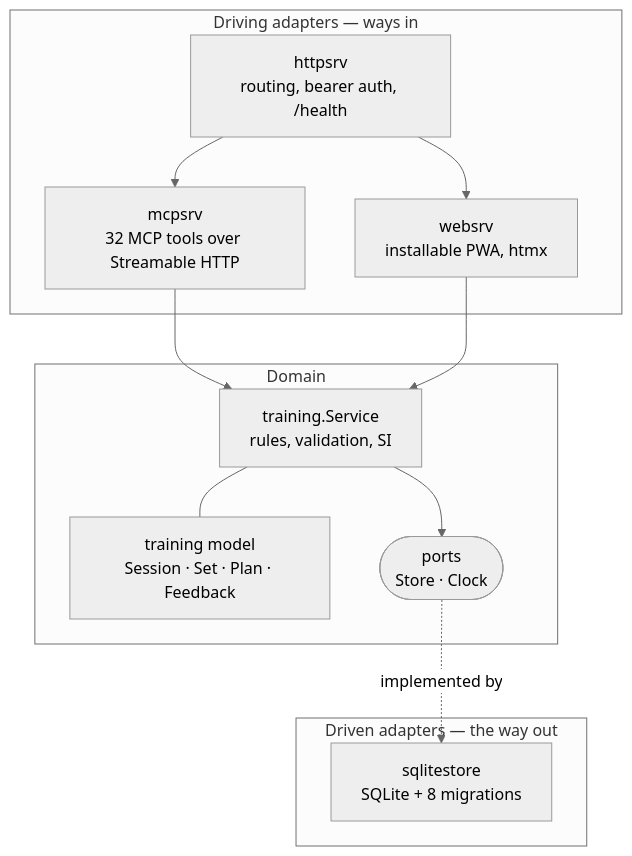
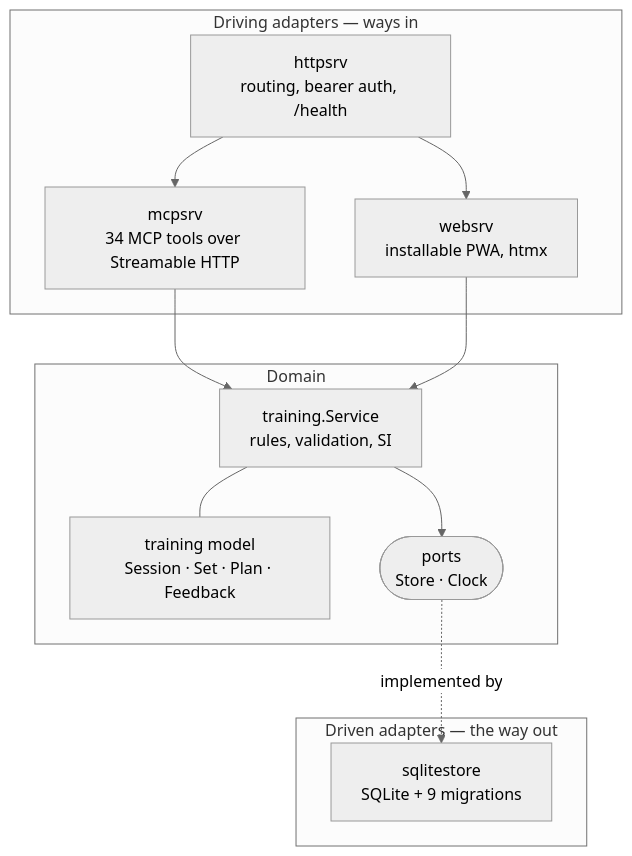
Before and after one commit to FullFran/training-mcp: the diagram in docs/architecture.md, drawn with Mermaid (neutral theme). The commit also changed other lines of this file and 6 other files, not shown here.

````diff
--- a/docs/architecture.md
+++ b/docs/architecture.md
@@ -13,26 +13,26 @@
 ```mermaid
 flowchart TB
     subgraph driving["Driving adapters — ways in"]
-        MCP["mcpsrv<br/>32 MCP tools over Streamable HTTP"]
+        MCP["mcpsrv<br/>34 MCP tools over Streamable HTTP"]
         WEB["websrv<br/>installable PWA, htmx"]
         HTTP["httpsrv<br/>routing, bearer auth, /health"]
     end
 
     subgraph core["Domain"]
         SVC["training.Service<br/>rules, validation, SI"]
         MODEL["training model<br/>Session · Set · Plan · Feedback"]
         PORTS(["ports<br/>Store · Clock"])
     end
 
     subgraph driven["Driven adapters — the way out"]
-        SQL["sqlitestore<br/>SQLite + 8 migrations"]
+        SQL["sqlitestore<br/>SQLite + 9 migrations"]
     end
 
     HTTP --> MCP
     HTTP --> WEB
     MCP --> SVC
     WEB --> SVC
     SVC --- MODEL
     SVC --> PORTS
     PORTS -.implemented by.-> SQL
 ```
````
